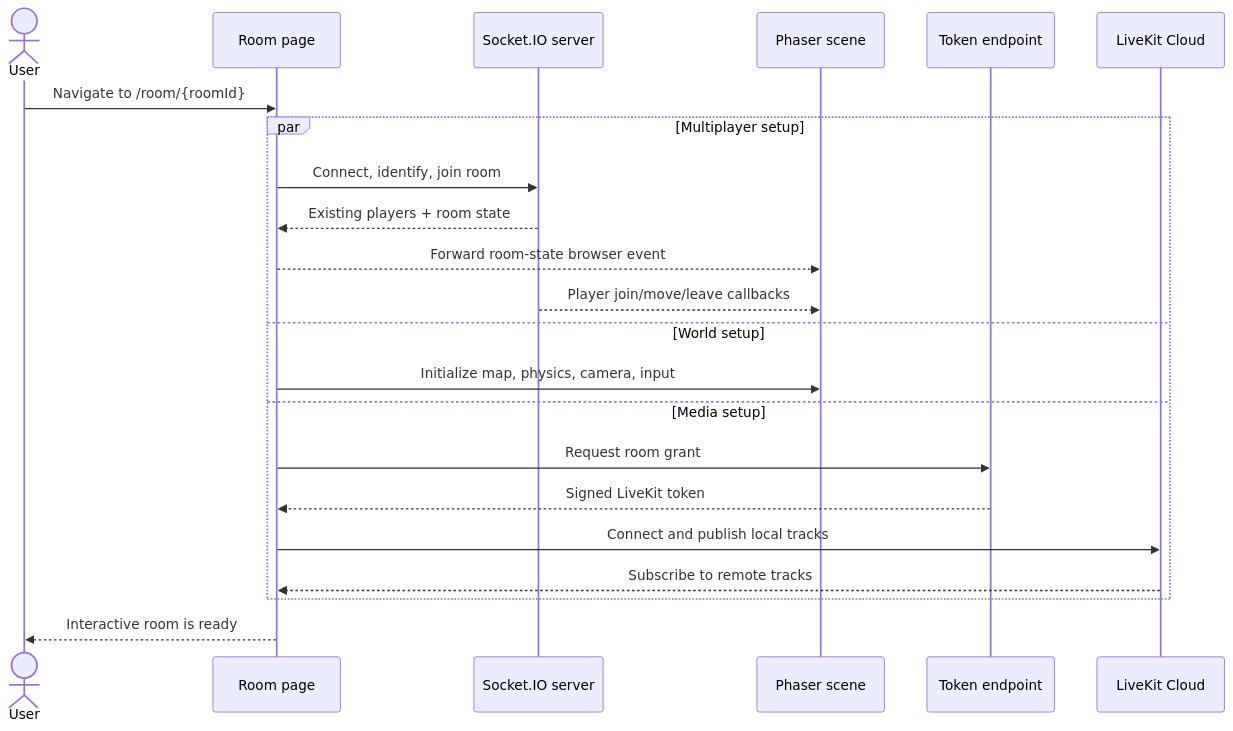
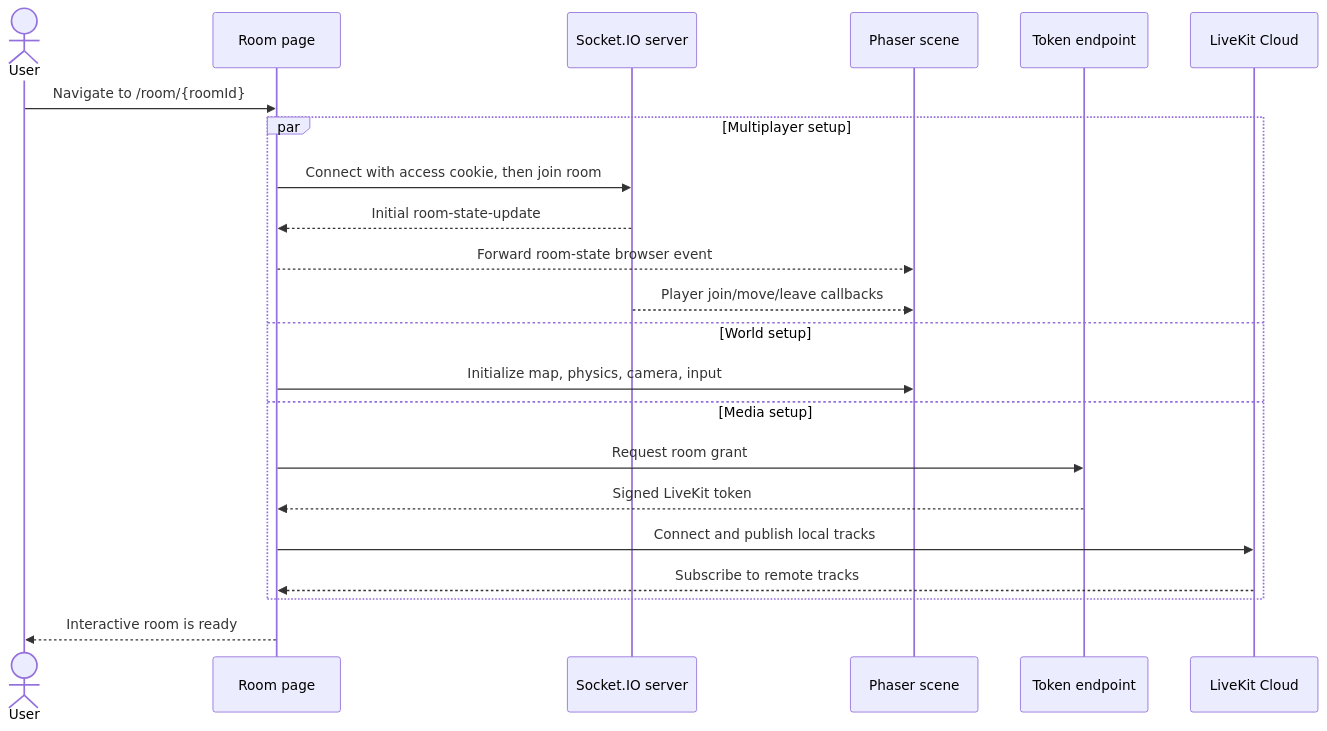
The fourth of 5 diagrams in docs/ARCHITECTURE.md (Haamid-syed/social-square-public), drawn with Mermaid before and after one commit. The commit also changed other lines of this file and 11 other files, not shown here.

````diff
--- a/docs/ARCHITECTURE.md
+++ b/docs/ARCHITECTURE.md
@@ -132,25 +132,25 @@
 ```mermaid
 sequenceDiagram
     actor User
     participant Page as Room page
     participant Socket as Socket.IO server
     participant Game as Phaser scene
     participant Token as Token endpoint
     participant LK as LiveKit Cloud
 
     User->>Page: Navigate to /room/{roomId}
     par Multiplayer setup
-        Page->>Socket: Connect, identify, join room
-        Socket-->>Page: Existing players + room state
+        Page->>Socket: Connect with access cookie, then join room
+        Socket-->>Page: Initial room-state-update
         Page-->>Game: Forward room-state browser event
         Socket-->>Game: Player join/move/leave callbacks
     and World setup
         Page->>Game: Initialize map, physics, camera, input
     and Media setup
         Page->>Token: Request room grant
         Token-->>Page: Signed LiveKit token
         Page->>LK: Connect and publish local tracks
         LK-->>Page: Subscribe to remote tracks
     end
     Page-->>User: Interactive room is ready
 ```
````
